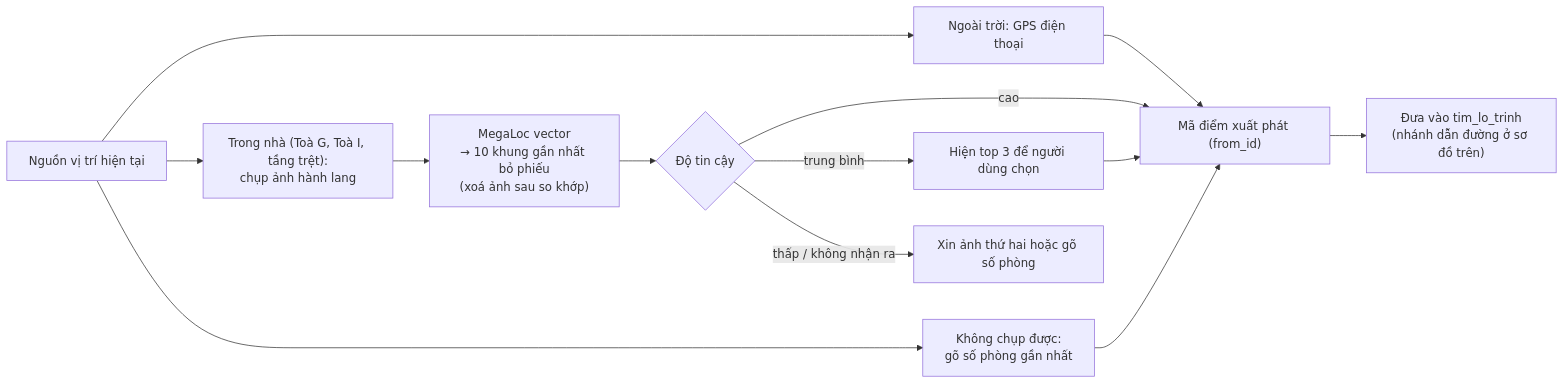
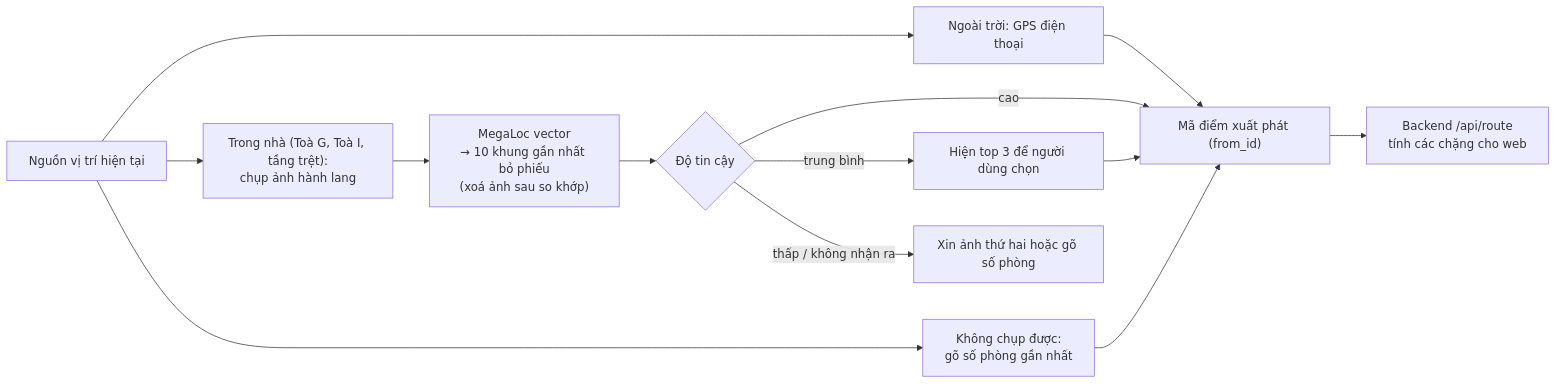
The second of 2 diagrams in spec.md (HoangHongNgo/K5-Day15-L3B-Sunshine), drawn with Mermaid before and after one commit. The commit also changed other lines of this file and 12 other files, not shown here.

````diff
--- a/spec.md
+++ b/spec.md
@@ -60,15 +61,15 @@
 ```mermaid
 flowchart LR
   S["Nguồn vị trí hiện tại"] --> GPS["Ngoài trời: GPS điện thoại"]
   S --> IMG["Trong nhà (Toà G, Toà I, tầng trệt):<br/>chụp ảnh hành lang"]
   S --> ROOM["Không chụp được:<br/>gõ số phòng gần nhất"]
   IMG --> ML["MegaLoc vector<br/>→ 10 khung gần nhất bỏ phiếu<br/>(xoá ảnh sau so khớp)"]
   ML --> CONF{"Độ tin cậy"}
   CONF -- "cao" --> NODE["Mã điểm xuất phát (from_id)"]
   CONF -- "trung bình" --> TOP3["Hiện top 3 để người dùng chọn"]
   CONF -- "thấp / không nhận ra" --> RETRY["Xin ảnh thứ hai hoặc gõ số phòng"]
   TOP3 --> NODE
   GPS --> NODE
   ROOM --> NODE
-  NODE --> ROUTE["Đưa vào tim_lo_trinh<br/>(nhánh dẫn đường ở sơ đồ trên)"]
+  NODE --> ROUTE["Backend /api/route<br/>tính các chặng cho web"]
 ```
````
